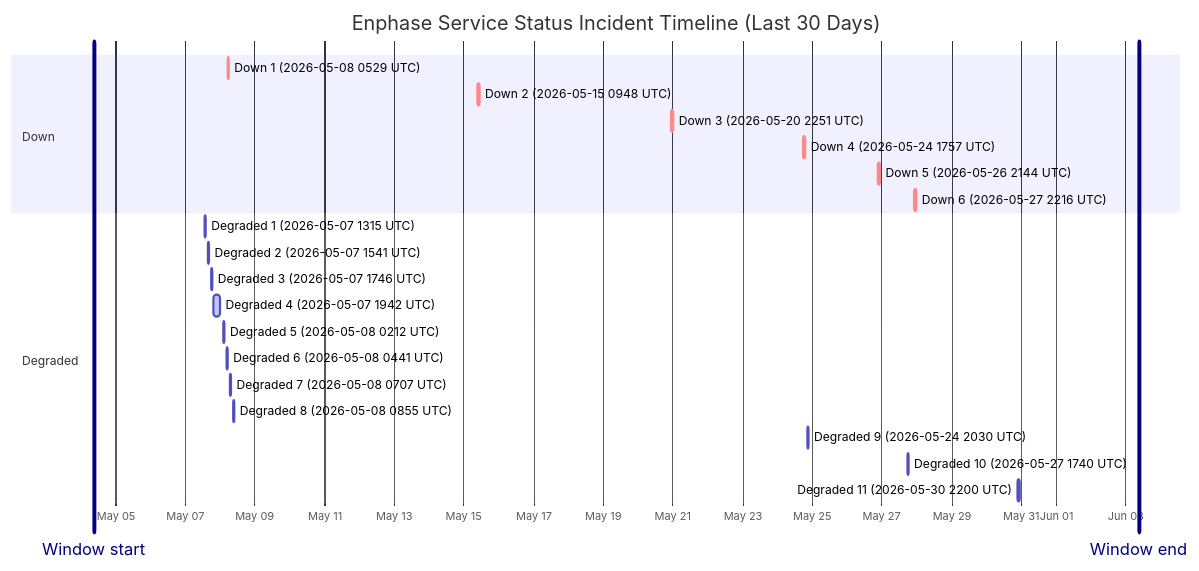
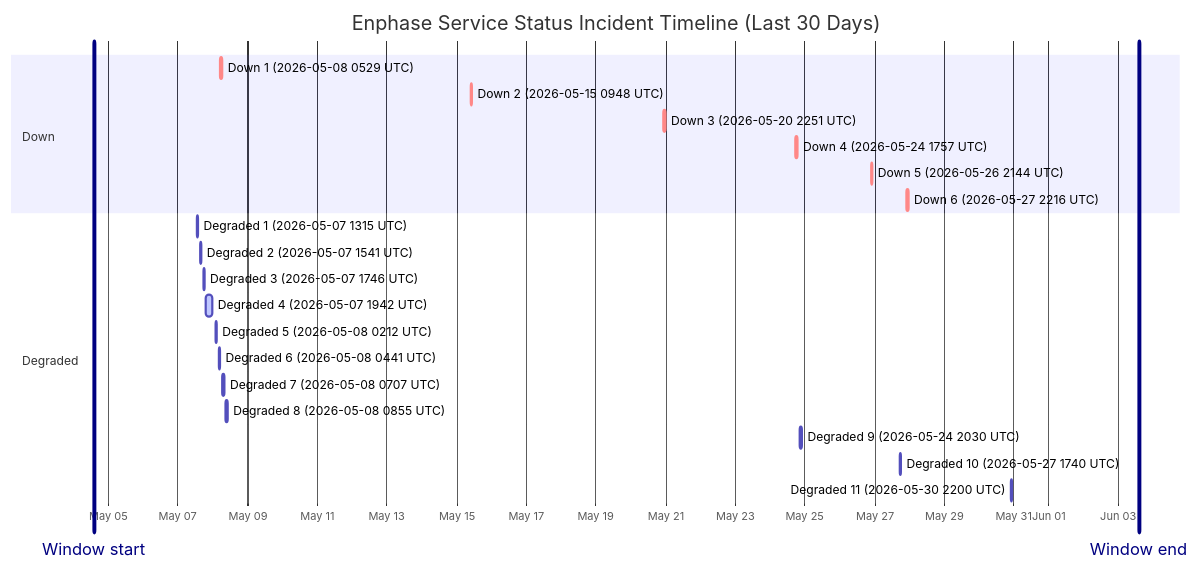
Before and after one commit to barneyonline/ha-enphase-energy: the diagram in wiki/Service-Status-History.md, drawn with Mermaid. The commit also changed other lines of this file and 3 other files, not shown here.

````diff
--- a/wiki/Service-Status-History.md
+++ b/wiki/Service-Status-History.md
@@ -14,27 +14,27 @@
 ```mermaid
 gantt
     title Enphase Service Status Incident Timeline (Last 30 Days)
     dateFormat  YYYY-MM-DDTHH:mm:ss
     axisFormat  %b %d
-    Window start :vert, window-start, 2026-05-04T09:00:51, 0ms
-    Window end :vert, window-end, 2026-06-03T09:00:51, 0ms
+    Window start :vert, window-start, 2026-05-04T14:12:03, 0ms
+    Window end :vert, window-end, 2026-06-03T14:12:03, 0ms
     section Down
     Down 1 (2026-05-08 0529 UTC) :crit, down-1, 2026-05-08T05:29:47, 60m
     Down 2 (2026-05-15 0948 UTC) :crit, down-2, 2026-05-15T09:48:18, 60m
     Down 3 (2026-05-20 2251 UTC) :crit, down-3, 2026-05-20T22:51:14, 75m
     Down 4 (2026-05-24 1757 UTC) :crit, down-4, 2026-05-24T17:57:41, 86m
     Down 5 (2026-05-26 2144 UTC) :crit, down-5, 2026-05-26T21:44:11, 85m
     Down 6 (2026-05-27 2216 UTC) :crit, down-6, 2026-05-27T22:16:53, 87m
     section Degraded
     Degraded 1 (2026-05-07 1315 UTC) :active, degraded-1, 2026-05-07T13:15:25, 60m
     Degraded 2 (2026-05-07 1541 UTC) :active, degraded-2, 2026-05-07T15:41:58, 60m
     Degraded 3 (2026-05-07 1746 UTC) :active, degraded-3, 2026-05-07T17:46:51, 60m
     Degraded 4 (2026-05-07 1942 UTC) :active, degraded-4, 2026-05-07T19:42:10, 249m
     Degraded 5 (2026-05-08 0212 UTC) :active, degraded-5, 2026-05-08T02:12:39, 60m
     Degraded 6 (2026-05-08 0441 UTC) :active, degraded-6, 2026-05-08T04:41:46, 60m
     Degraded 7 (2026-05-08 0707 UTC) :active, degraded-7, 2026-05-08T07:07:30, 60m
     Degraded 8 (2026-05-08 0855 UTC) :active, degraded-8, 2026-05-08T08:55:20, 88m
     Degraded 9 (2026-05-24 2030 UTC) :active, degraded-9, 2026-05-24T20:30:57, 84m
     Degraded 10 (2026-05-27 1740 UTC) :active, degraded-10, 2026-05-27T17:40:52, 60m
     Degraded 11 (2026-05-30 2200 UTC) :active, degraded-11, 2026-05-30T22:00:37, 60m
 ```
````
